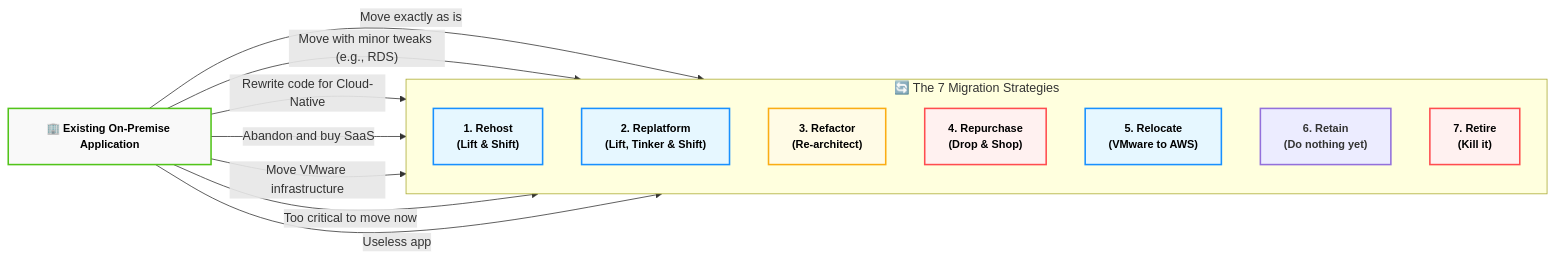
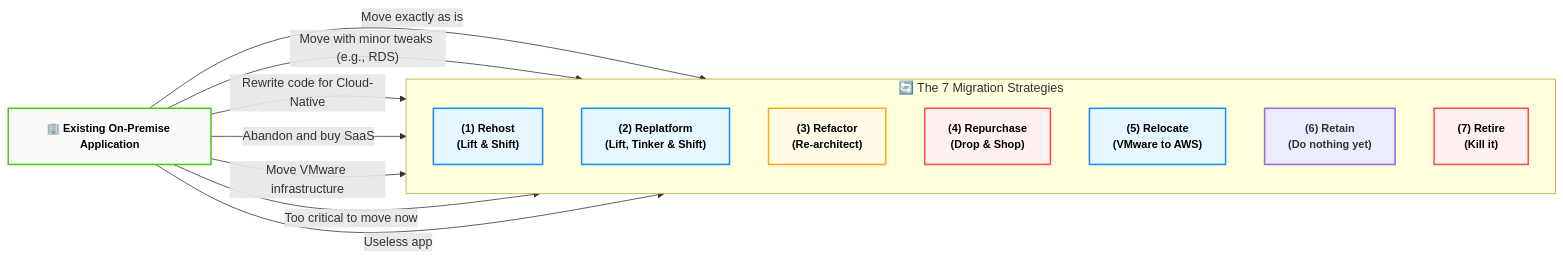
One commit to muhammad-khaled-tech/My-Study-Notes changed diagram 39 of 48 in Domain 3.md. Above: the diagram before and after it, drawn with Mermaid. The commit also changed 2 other files, not shown here.

Commit message:
vault backup: 2026-06-05 00:04:36

````diff
--- a/Domain 3.md
+++ b/Domain 3.md
@@ -4292,37 +4292,37 @@
 ```mermaid
 flowchart LR
     %% Global Styling
     classDef default font-weight:bold,font-size:14px,stroke-width:2px;
     classDef start fill:#f9f9f9,stroke:#52c41a,color:#000;
     classDef action fill:#e6f7ff,stroke:#1890ff,color:#000;
     classDef target fill:#fffbe6,stroke:#faad14,color:#000;
     classDef abandon fill:#fff1f0,stroke:#ff4d4f,color:#000;
 
     App["🏢 Existing On-Premise Application"]
 
     subgraph The_7_Rs ["🔄 The 7 Migration Strategies"]
         direction TB
-        Rehost["1. Rehost<br/>(Lift & Shift)"]
-        Replatform["2. Replatform<br/>(Lift, Tinker & Shift)"]
-        Refactor["3. Refactor<br/>(Re-architect)"]
-        Repurchase["4. Repurchase<br/>(Drop & Shop)"]
-        Relocate["5. Relocate<br/>(VMware to AWS)"]
-        Retain["6. Retain<br/>(Do nothing yet)"]
-        Retire["7. Retire<br/>(Kill it)"]
+        Rehost["(1) Rehost<br>(Lift & Shift)"]
+        Replatform["(2) Replatform<br>(Lift, Tinker & Shift)"]
+        Refactor["(3) Refactor<br>(Re-architect)"]
+        Repurchase["(4) Repurchase<br>(Drop & Shop)"]
+        Relocate["(5) Relocate<br>(VMware to AWS)"]
+        Retain["(6) Retain<br>(Do nothing yet)"]
+        Retire["(7) Retire<br>(Kill it)"]
     end
 
     %% Routing logic outside subgraphs
     App -->|"Move exactly as is"| Rehost
     App -->|"Move with minor tweaks (e.g., RDS)"| Replatform
     App -->|"Rewrite code for Cloud-Native"| Refactor
     App -->|"Abandon and buy SaaS"| Repurchase
     App -->|"Move VMware infrastructure"| Relocate
     App -->|"Too critical to move now"| Retain
     App -->|"Useless app"| Retire
 
     %% Apply Classes
     class App start;
     class Rehost,Replatform,Relocate action;
     class Refactor target;
     class Repurchase,Retire abandon;
 ```
````
